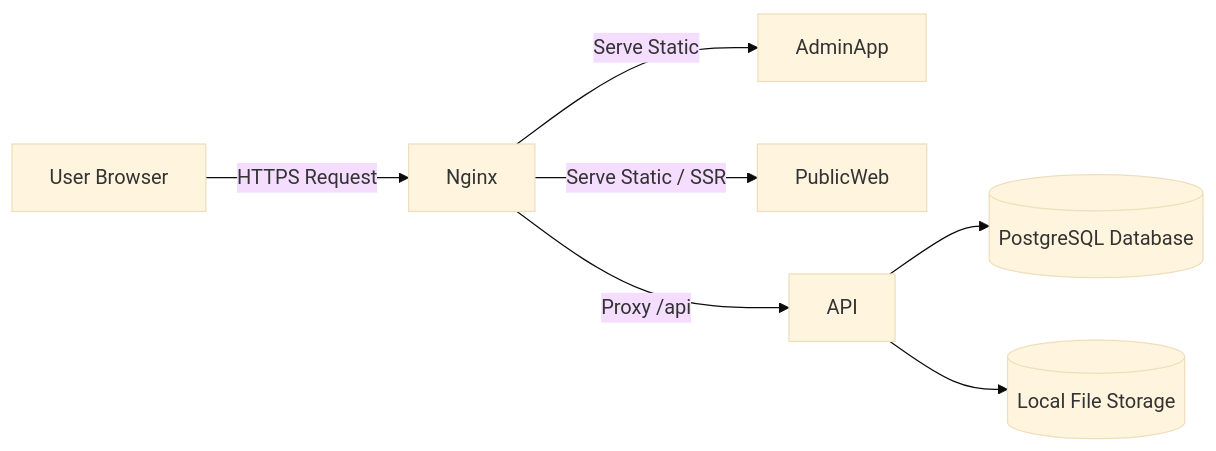
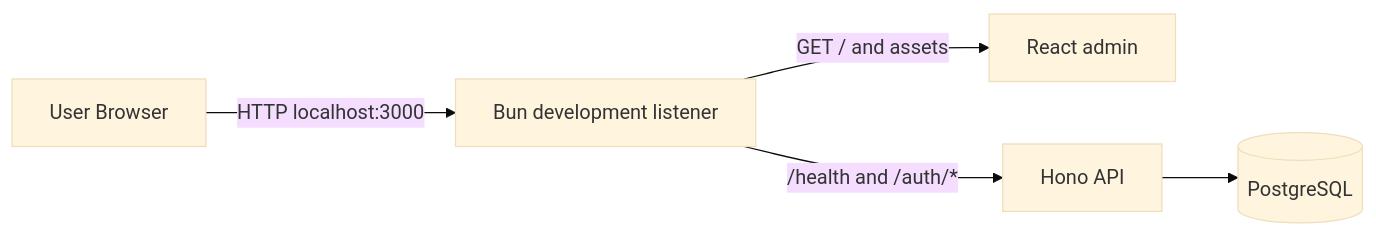
Before and after one commit to progentic/behr: the first of 4 diagrams in docs/ARCHITECTURE.md, drawn with Mermaid (base theme). The commit also changed other lines of this file and 7 other files, not shown here.

First line of the commit message:
fix(dev): Align admin and API origin topology

````diff
--- a/docs/ARCHITECTURE.md
+++ b/docs/ARCHITECTURE.md
@@ -38,14 +42,10 @@
 ```mermaid
 flowchart LR
 
     Browser[User Browser]
 
-    Browser -->|HTTPS Request| Nginx
-
-    Nginx -->|Serve Static| AdminApp
-    Nginx -->|Serve Static / SSR| PublicWeb
-    Nginx -->|Proxy /api| API
-
-    API --> Postgres[(PostgreSQL Database)]
-    API --> Storage[(Local File Storage)]
+    Browser -->|HTTP localhost:3000| Dev[Bun development listener]
+    Dev -->|GET / and assets| AdminApp[React admin]
+    Dev -->|/health and /auth/*| API[Hono API]
+    API --> Postgres[(PostgreSQL)]
 ```
````
